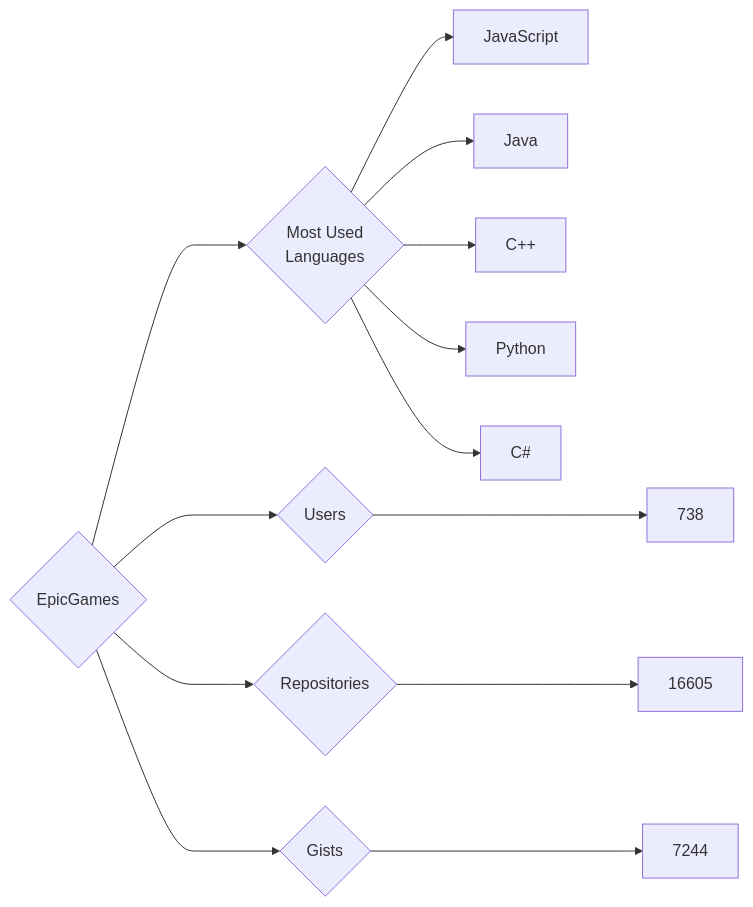
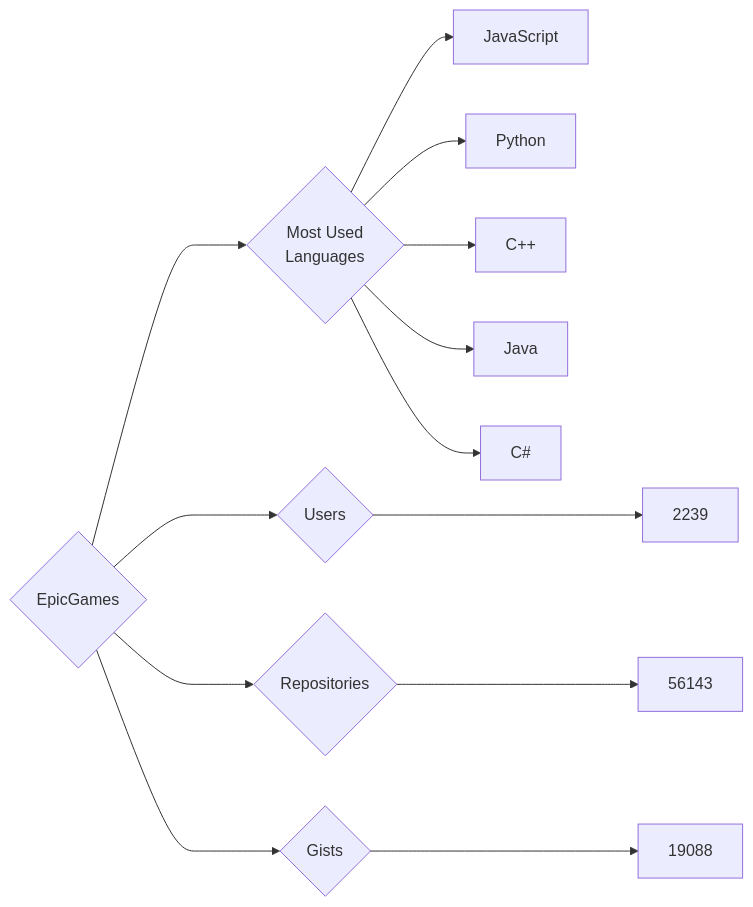
Before and after one commit to trickest/insiders: the diagram in targets/EpicGames/README.md, drawn with Mermaid. The commit also changed 534 other files, not shown here.

````diff
--- a/targets/EpicGames/README.md
+++ b/targets/EpicGames/README.md
@@ -3,13 +3,13 @@
 ```mermaid
 graph LR
 COMPANY_NAME{EpicGames}
-COMPANY_NAME ---> U{Users} ---> UN[738]
-COMPANY_NAME ---> R{Repositories} ---> RN[16605]
-COMPANY_NAME ---> G{Gists} ---> GN[7244]
+COMPANY_NAME ---> U{Users} ---> UN[2239]
+COMPANY_NAME ---> R{Repositories} ---> RN[56143]
+COMPANY_NAME ---> G{Gists} ---> GN[19088]
 COMPANY_NAME ---> ML{Most Used<br>Languages}
 ML --> JavaScript[JavaScript]
+ML --> Python[Python]
+ML --> C++[C++]
 ML --> Java[Java]
-ML --> C++[C++]
-ML --> Python[Python]
 ML --> C#[C#]
 ```
````
